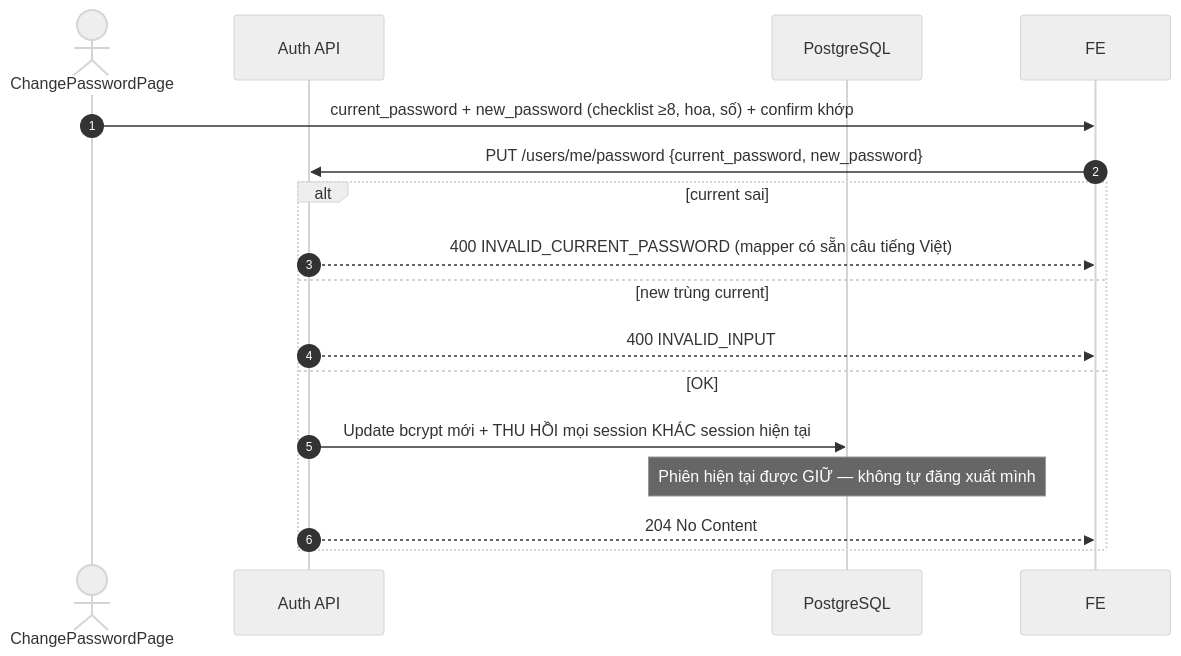
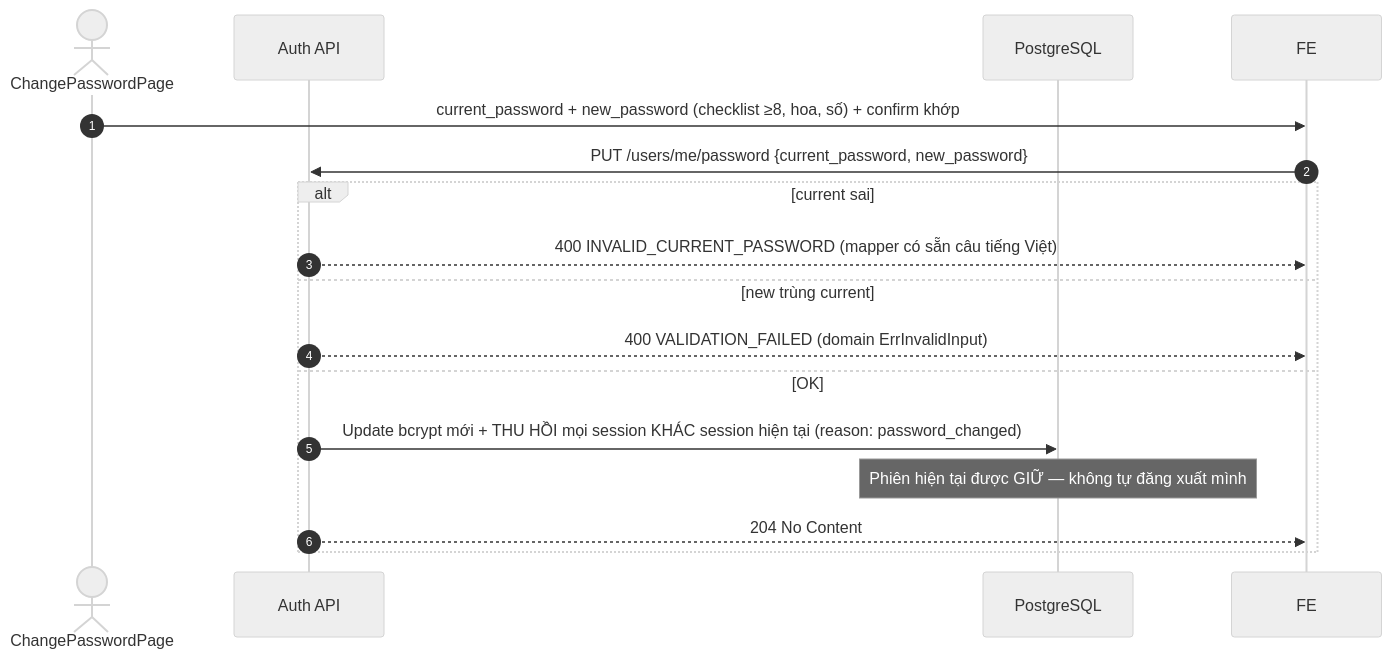
The fifth of 9 diagrams in flow/01-auth.md (FintechVSF-Tranning/PaySplit-RP), drawn with Mermaid (neutral theme) before and after one commit. The commit also changed other lines of this file and 3 other files, not shown here.

````diff
--- a/flow/01-auth.md
+++ b/flow/01-auth.md
@@ -205,19 +224,19 @@
 ```mermaid
 sequenceDiagram
     autonumber
     actor U as ChangePasswordPage
     participant BE as Auth API
     participant DB as PostgreSQL
 
     U->>FE: current_password + new_password (checklist ≥8, hoa, số) + confirm khớp
     FE->>BE: PUT /users/me/password {current_password, new_password}
     alt current sai
         BE-->>FE: 400 INVALID_CURRENT_PASSWORD (mapper có sẵn câu tiếng Việt)
     else new trùng current
-        BE-->>FE: 400 INVALID_INPUT
+        BE-->>FE: 400 VALIDATION_FAILED (domain ErrInvalidInput)
     else OK
-        BE->>DB: Update bcrypt mới + THU HỒI mọi session KHÁC session hiện tại
+        BE->>DB: Update bcrypt mới + THU HỒI mọi session KHÁC session hiện tại (reason: password_changed)
         Note over DB: Phiên hiện tại được GIỮ — không tự đăng xuất mình
         BE-->>FE: 204 No Content
     end
 ```
````
